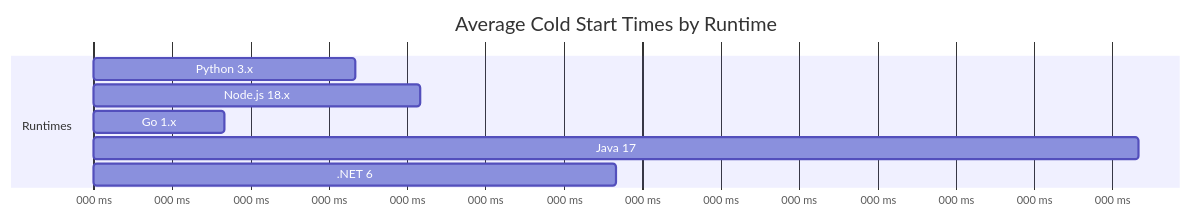
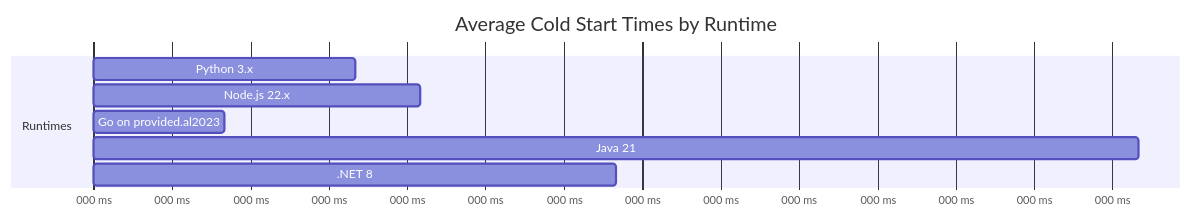
Before and after one commit to OneUptime/blog: the third of 4 diagrams in posts/2026-01-24-fix-cold-start-serverless-issues/README.md, drawn with Mermaid. The commit also changed other lines of this file and 4262 other files, not shown here.

````diff
--- a/posts/2026-01-24-fix-cold-start-serverless-issues/README.md
+++ b/posts/2026-01-24-fix-cold-start-serverless-issues/README.md
@@ -331,13 +335,13 @@
 ```mermaid
 gantt
     title Average Cold Start Times by Runtime
     dateFormat X
     axisFormat %L ms
 
     section Runtimes
     Python 3.x     :0, 200
-    Node.js 18.x   :0, 250
-    Go 1.x         :0, 100
-    Java 17        :0, 800
-    .NET 6         :0, 400
+    Node.js 22.x   :0, 250
+    Go on provided.al2023 :0, 100
+    Java 21        :0, 800
+    .NET 8         :0, 400
 ```
````
